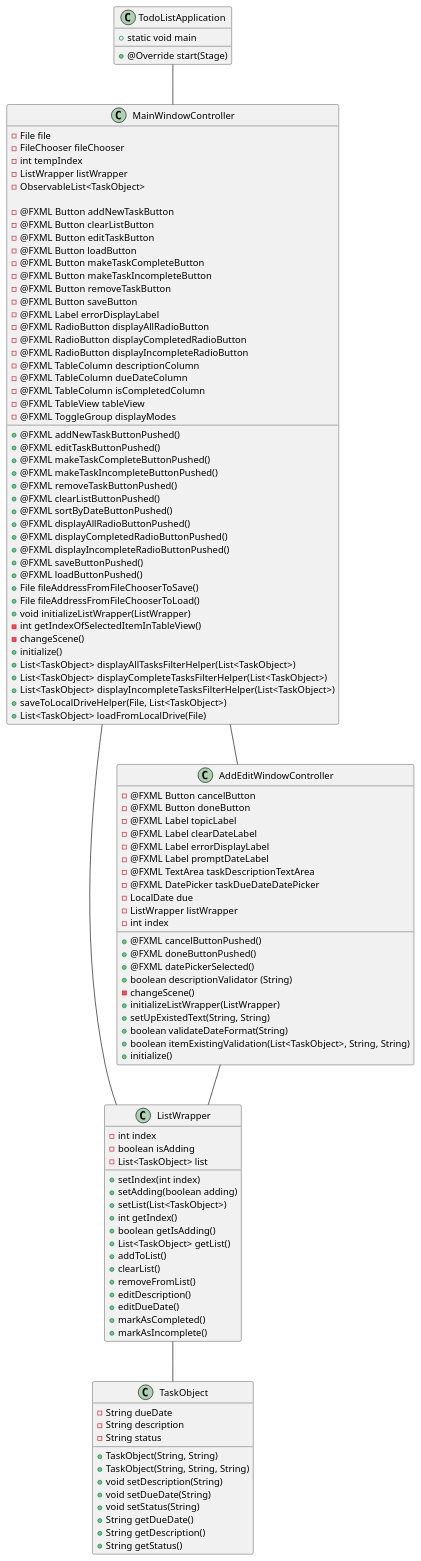
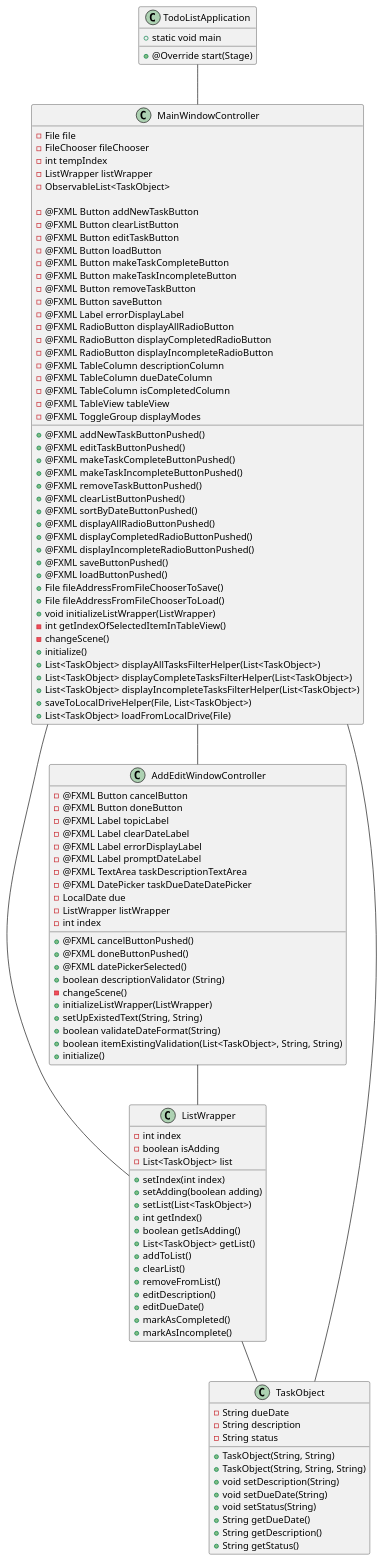
Before and after one commit to PraweenPongpat/pongpat-app1-impl: the diagram in applicaiton1_impl/docs/ClassDiagram.puml, drawn with PlantUML. The commit also changed 6 other files, not shown here.

```diff
--- a/applicaiton1_impl/docs/ClassDiagram.puml
+++ b/applicaiton1_impl/docs/ClassDiagram.puml
@@ -1,120 +1,121 @@
 @startuml
 class TodoListApplication {
     + @Override start(Stage)
     + static void main
 }
 
 class ListWrapper {
     - int index
     - boolean isAdding
     - List<TaskObject> list
     + setIndex(int index)
     + setAdding(boolean adding)
     + setList(List<TaskObject>)
     + int getIndex()
     + boolean getIsAdding()
     + List<TaskObject> getList()
     + addToList()
     + clearList()
     + removeFromList()
     + editDescription()
     + editDueDate()
     + markAsCompleted()
     + markAsIncomplete()
 }
 
 class TaskObject {
     - String dueDate
     - String description
     - String status
     + TaskObject(String, String)
     + TaskObject(String, String, String)
     + void setDescription(String)
     + void setDueDate(String)
     + void setStatus(String)
     + String getDueDate()
     + String getDescription()
     + String getStatus()
 }
 
 class MainWindowController {
     - File file
     - FileChooser fileChooser
     - int tempIndex
     - ListWrapper listWrapper
     - ObservableList<TaskObject>
 
     - @FXML Button addNewTaskButton
     - @FXML Button clearListButton
     - @FXML Button editTaskButton
     - @FXML Button loadButton
     - @FXML Button makeTaskCompleteButton
     - @FXML Button makeTaskIncompleteButton
     - @FXML Button removeTaskButton
     - @FXML Button saveButton
     - @FXML Label errorDisplayLabel
     - @FXML RadioButton displayAllRadioButton
     - @FXML RadioButton displayCompletedRadioButton
     - @FXML RadioButton displayIncompleteRadioButton
     - @FXML TableColumn descriptionColumn
     - @FXML TableColumn dueDateColumn
     - @FXML TableColumn isCompletedColumn
     - @FXML TableView tableView
     - @FXML ToggleGroup displayModes
 
     + @FXML addNewTaskButtonPushed()
     + @FXML editTaskButtonPushed()
     + @FXML makeTaskCompleteButtonPushed()
     + @FXML makeTaskIncompleteButtonPushed()
     + @FXML removeTaskButtonPushed()
     + @FXML clearListButtonPushed()
     + @FXML sortByDateButtonPushed()
     + @FXML displayAllRadioButtonPushed()
     + @FXML displayCompletedRadioButtonPushed()
     + @FXML displayIncompleteRadioButtonPushed()
     + @FXML saveButtonPushed()
     + @FXML loadButtonPushed()
     + File fileAddressFromFileChooserToSave()
     + File fileAddressFromFileChooserToLoad()
     + void initializeListWrapper(ListWrapper)
     - int getIndexOfSelectedItemInTableView()
     - changeScene()
     + initialize()
     + List<TaskObject> displayAllTasksFilterHelper(List<TaskObject>)
     + List<TaskObject> displayCompleteTasksFilterHelper(List<TaskObject>)
     + List<TaskObject> displayIncompleteTasksFilterHelper(List<TaskObject>)
     + saveToLocalDriveHelper(File, List<TaskObject>)
     + List<TaskObject> loadFromLocalDrive(File)
 
 }
 class AddEditWindowController {
     - @FXML Button cancelButton
     - @FXML Button doneButton
     - @FXML Label topicLabel
     - @FXML Label clearDateLabel
     - @FXML Label errorDisplayLabel
     - @FXML Label promptDateLabel
     - @FXML TextArea taskDescriptionTextArea
     - @FXML DatePicker taskDueDateDatePicker
     - LocalDate due
     - ListWrapper listWrapper
     - int index
 
     + @FXML cancelButtonPushed()
     + @FXML doneButtonPushed()
     + @FXML datePickerSelected()
     + boolean descriptionValidator (String)
     - changeScene()
     + initializeListWrapper(ListWrapper)
     + setUpExistedText(String, String)
     + boolean validateDateFormat(String)
     + boolean itemExistingValidation(List<TaskObject>, String, String)
     + initialize()
 }
 
 TodoListApplication -- MainWindowController
 MainWindowController -- AddEditWindowController
 MainWindowController --- ListWrapper
+MainWindowController -- TaskObject
 AddEditWindowController -- ListWrapper
 ListWrapper -- TaskObject
 @enduml
```
